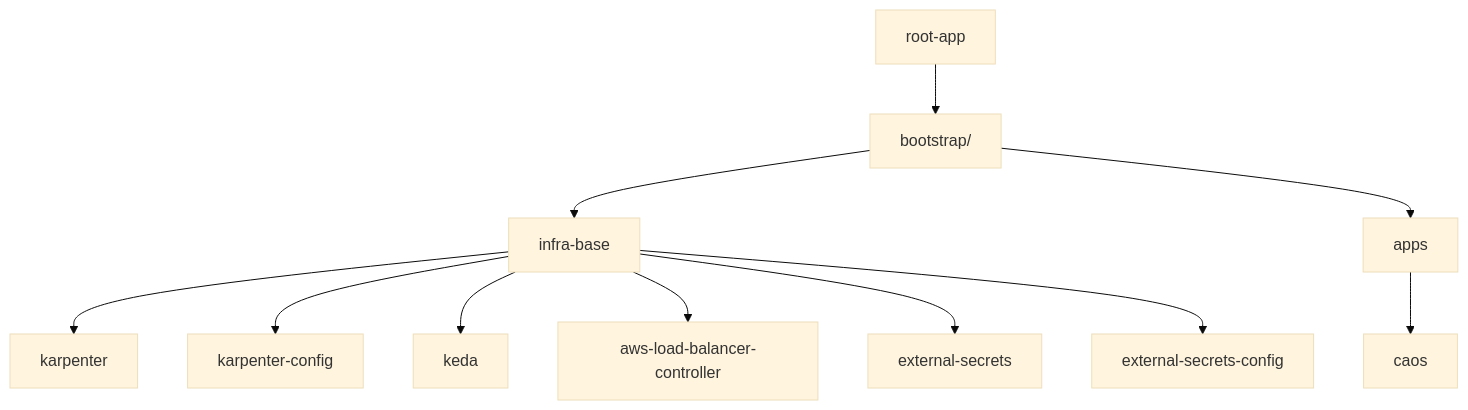
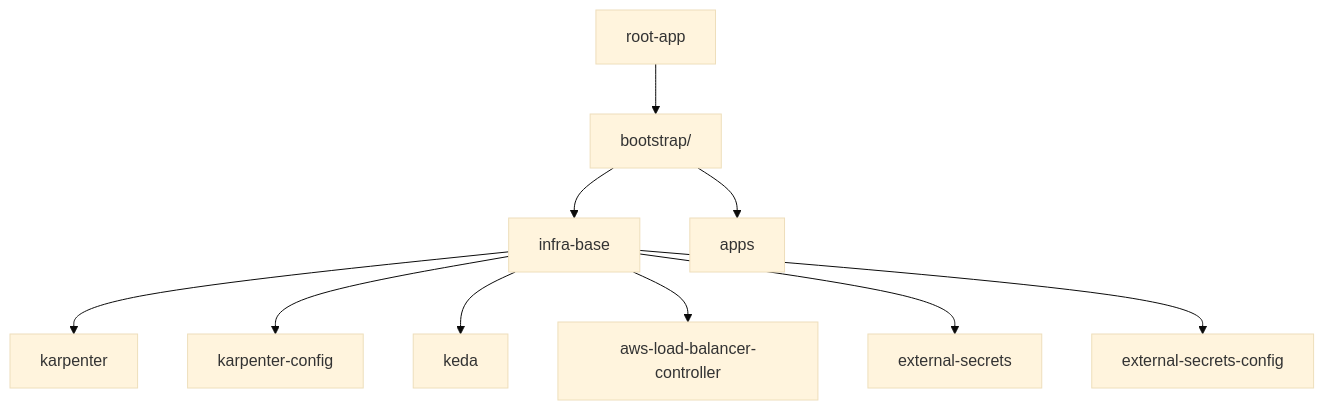
One commit to org-sam/infra-gitops changed the diagram in README.md. Above: the diagram before and after it, drawn with Mermaid (base theme). The commit also changed other lines of this file and 6 other files, not shown here.

````diff
--- a/README.md
+++ b/README.md
@@ -32,13 +34,12 @@
 ```mermaid
 graph TD
     A[root-app] --> B[bootstrap/]
     B --> C[infra-base]
     B --> D[apps]
     C --> E[karpenter]
     C --> F[karpenter-config]
     C --> G[keda]
     C --> H[aws-load-balancer-controller]
     C --> I[external-secrets]
     C --> J[external-secrets-config]
-    D --> K[caos]
 ```
````
